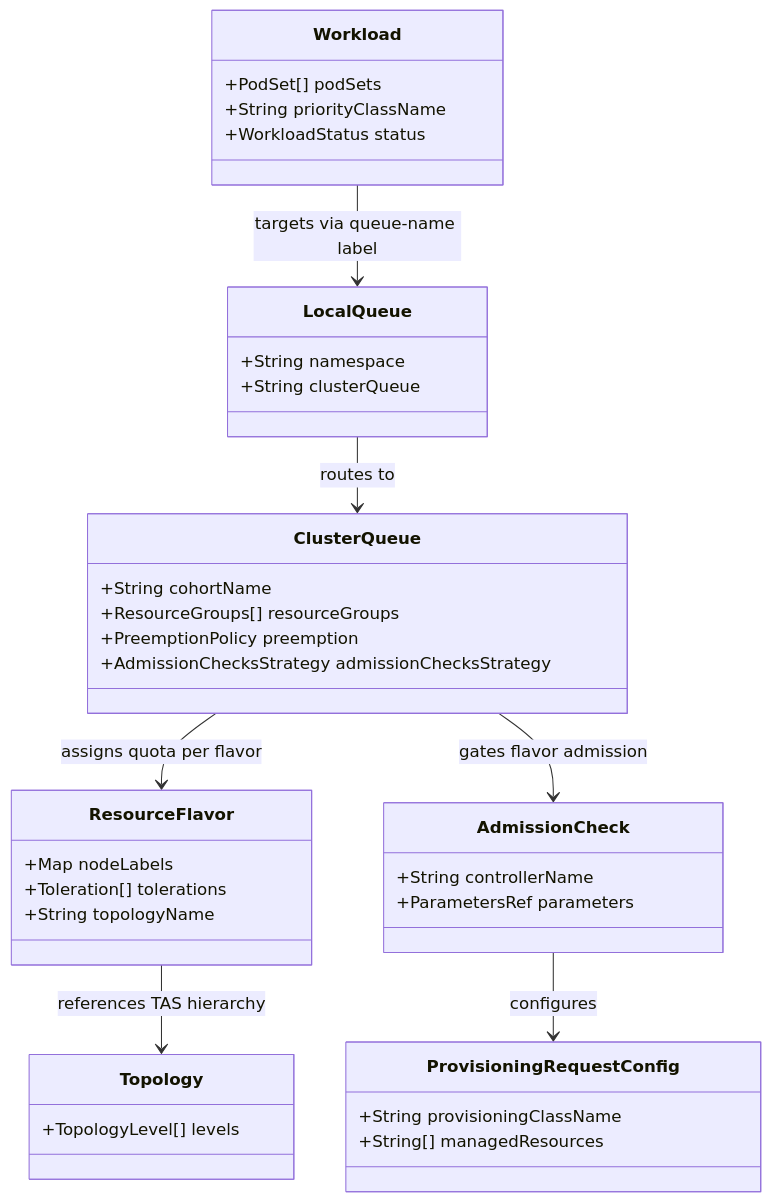
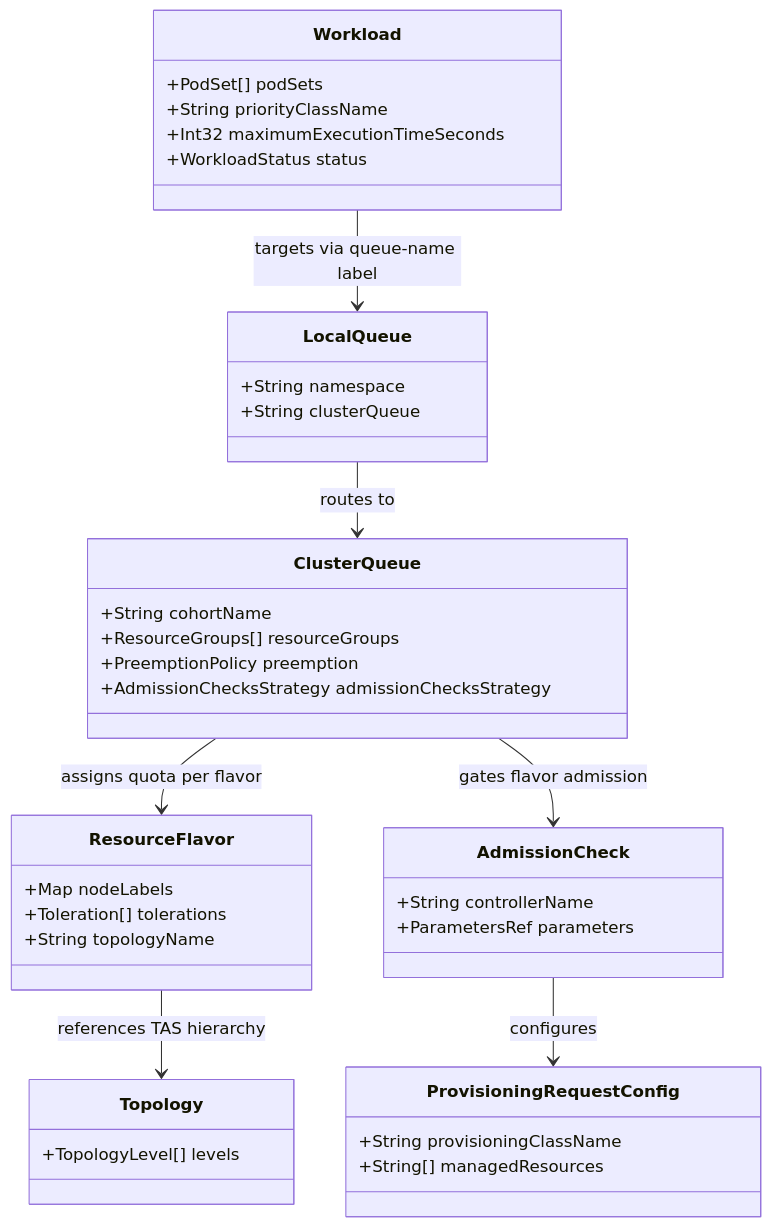
Before and after one commit to devenes/gke-kueue-ai-workshop: the second of 3 diagrams in docs/01-concepts-and-architecture.md, drawn with Mermaid. The commit also changed other lines of this file and 5 other files, not shown here.

````diff
--- a/docs/01-concepts-and-architecture.md
+++ b/docs/01-concepts-and-architecture.md
@@ -45,41 +45,42 @@
 ```mermaid
 classDiagram
     class LocalQueue {
         +String namespace
         +String clusterQueue
     }
     class ClusterQueue {
         +String cohortName
         +ResourceGroups[] resourceGroups
         +PreemptionPolicy preemption
         +AdmissionChecksStrategy admissionChecksStrategy
     }
     class ResourceFlavor {
         +Map nodeLabels
         +Toleration[] tolerations
         +String topologyName
     }
     class Topology {
         +TopologyLevel[] levels
     }
     class AdmissionCheck {
         +String controllerName
         +ParametersRef parameters
     }
     class ProvisioningRequestConfig {
         +String provisioningClassName
         +String[] managedResources
     }
     class Workload {
         +PodSet[] podSets
         +String priorityClassName
+        +Int32 maximumExecutionTimeSeconds
         +WorkloadStatus status
     }
 
     LocalQueue --> ClusterQueue : routes to
     ClusterQueue --> ResourceFlavor : assigns quota per flavor
     ResourceFlavor --> Topology : references TAS hierarchy
     ClusterQueue --> AdmissionCheck : gates flavor admission
     AdmissionCheck --> ProvisioningRequestConfig : configures
     Workload --> LocalQueue : targets via queue-name label
 ```
````
